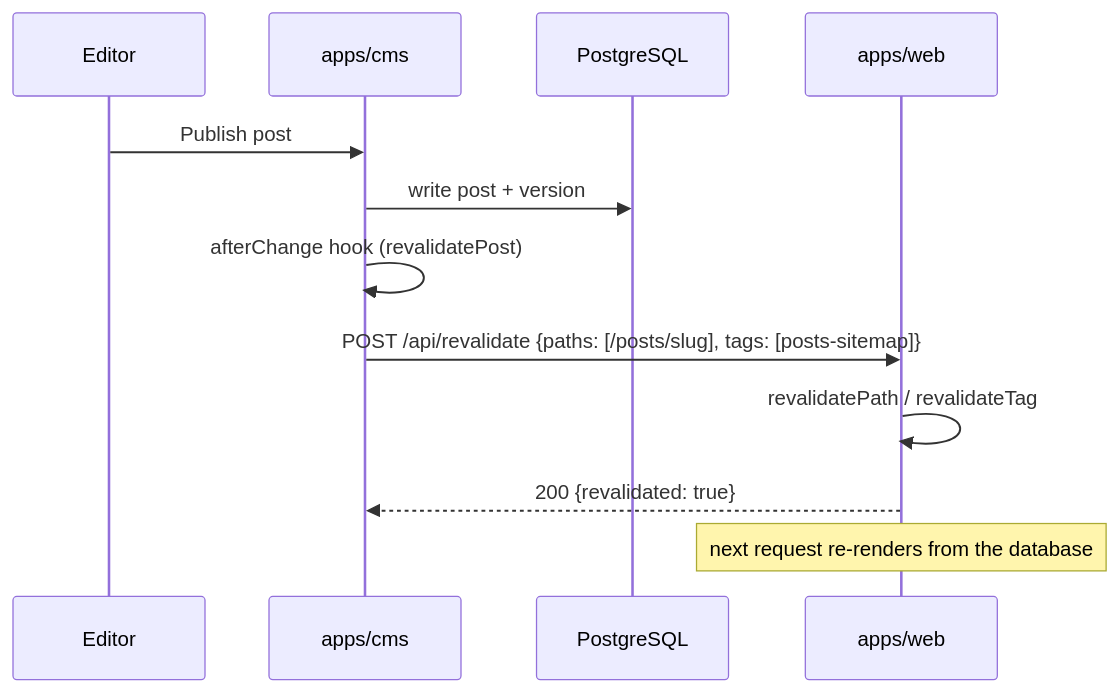
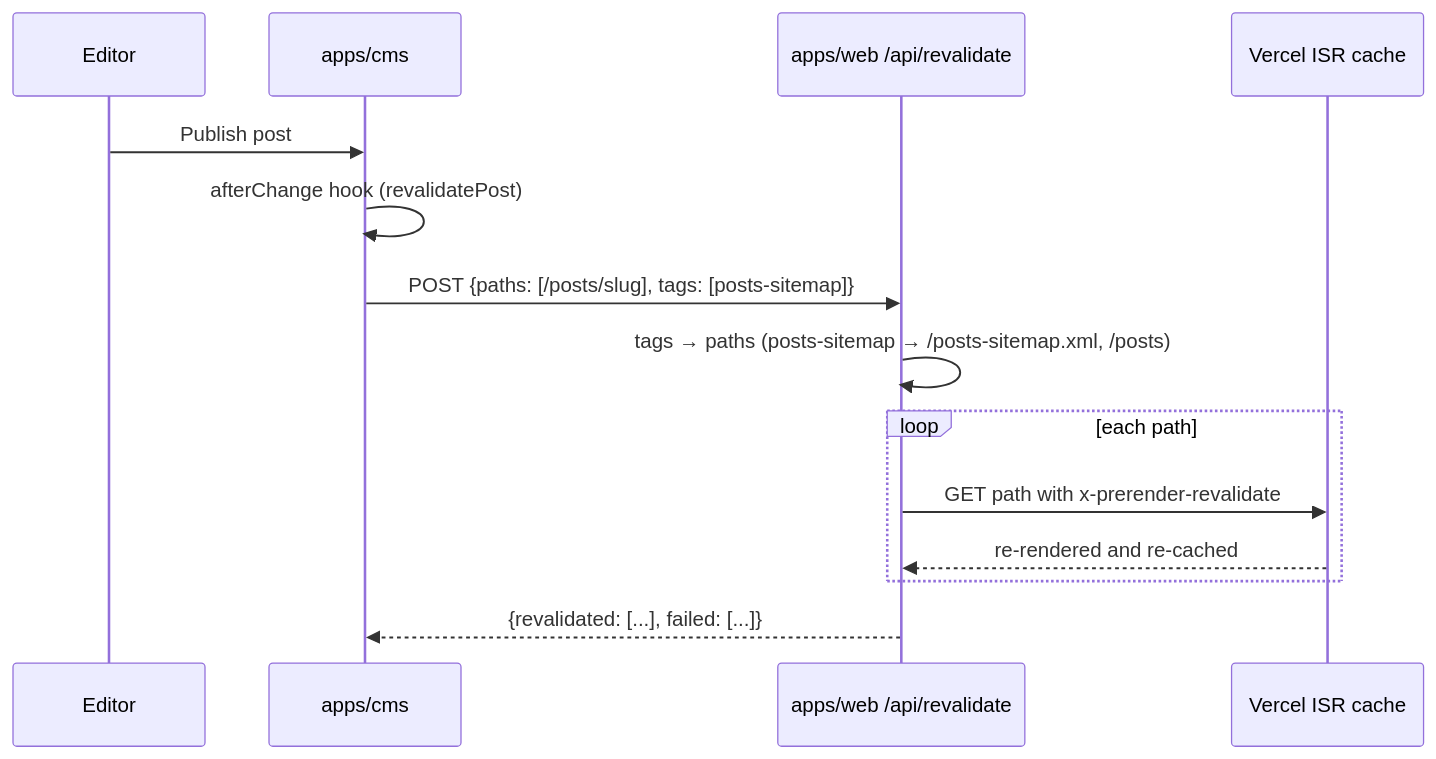
Before and after one commit to 0xCAFEBABEx0/zeus: the third of 4 diagrams in docs/ARCHITECTURE.md, drawn with Mermaid. The commit also changed other lines of this file and 17 other files, not shown here.

````diff
--- a/docs/ARCHITECTURE.md
+++ b/docs/ARCHITECTURE.md
@@ -103,14 +109,16 @@
 ```mermaid
 sequenceDiagram
-  participant E as Editor
+  participant Ed as Editor
   participant C as apps/cms
-  participant DB as PostgreSQL
-  participant W as apps/web
-  E->>C: Publish post
-  C->>DB: write post + version
+  participant W as apps/web /api/revalidate
+  participant E as Vercel ISR cache
+  Ed->>C: Publish post
   C->>C: afterChange hook (revalidatePost)
-  C->>W: POST /api/revalidate {paths: [/posts/slug], tags: [posts-sitemap]}
-  W->>W: revalidatePath / revalidateTag
-  W-->>C: 200 {revalidated: true}
-  Note over W: next request re-renders from the database
+  C->>W: POST {paths: [/posts/slug], tags: [posts-sitemap]}
+  W->>W: tags → paths (posts-sitemap → /posts-sitemap.xml, /posts)
+  loop each path
+    W->>E: GET path with x-prerender-revalidate
+    E-->>W: re-rendered and re-cached
+  end
+  W-->>C: {revalidated: [...], failed: [...]}
 ```
````
